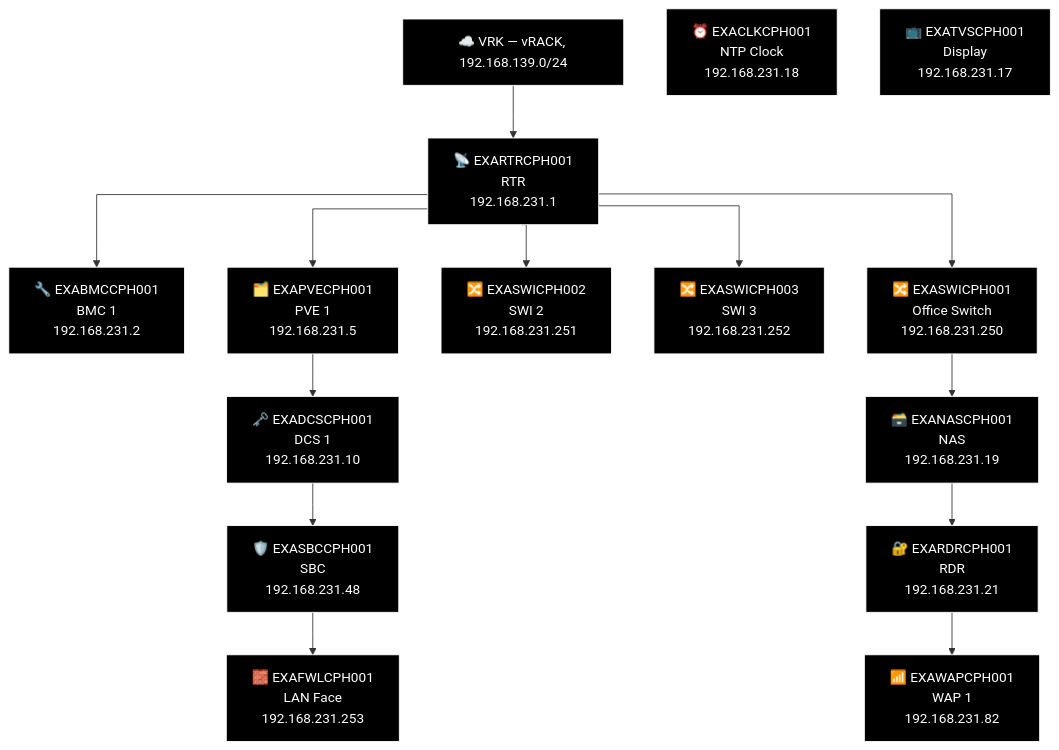
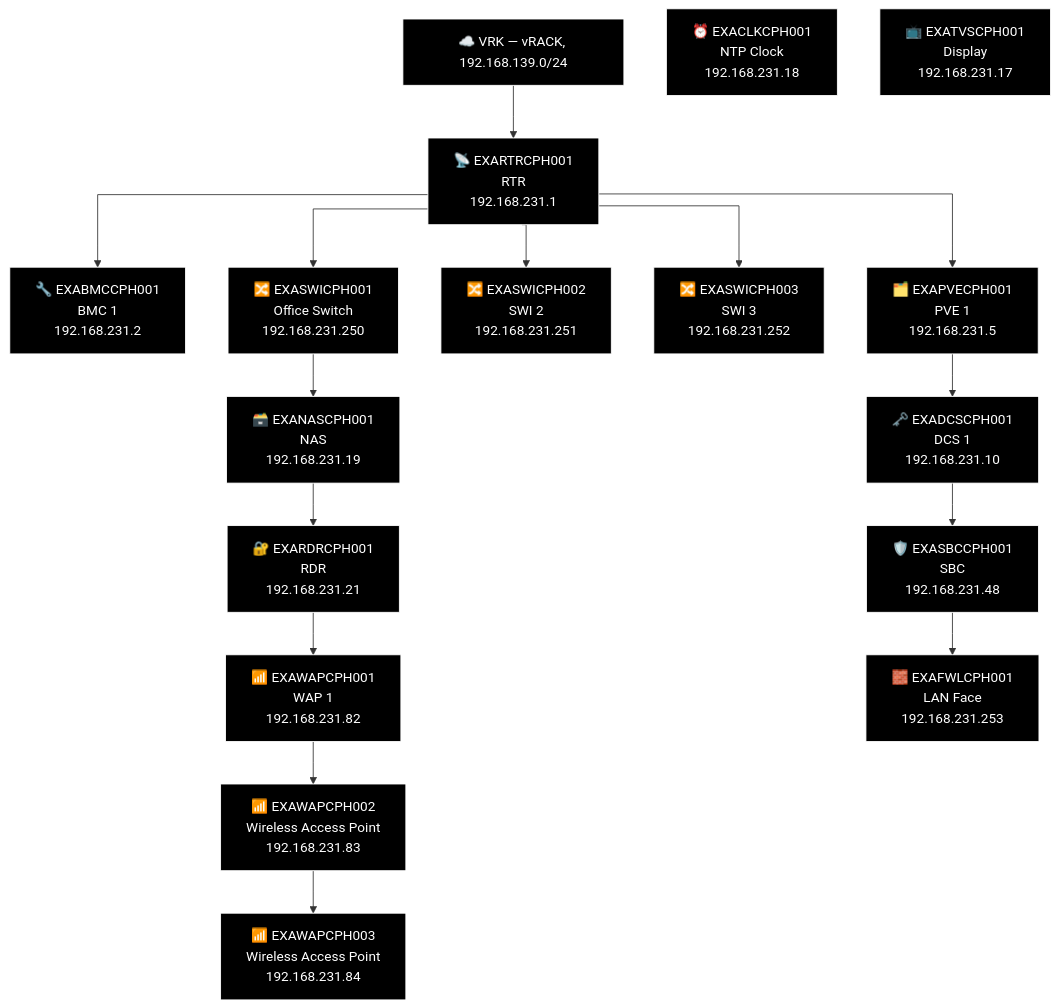
The third of 23 diagrams in docs/network-diagram/danmark.md (knightmare2600/example_music_infra), drawn with Mermaid before and after one commit. The commit also changed other lines of this file and 25 other files, not shown here.

````diff
--- a/docs/network-diagram/danmark.md
+++ b/docs/network-diagram/danmark.md
@@ -101,44 +101,48 @@
 ```mermaid
 %% GENERATED:TOPOLOGY:CPH:START
 %%{init: {'flowchart': {'curve': 'stepAfter'}}}%%
 graph TD
     T_VRK["☁️ VRK — vRACK, 192.168.139.0/24"]
     T_RTR["📡 EXARTRCPH001<br/>RTR<br/>192.168.231.1"]
     T_VRK --> T_RTR
     T_BMC["🔧 EXABMCCPH001<br/>BMC 1<br/>192.168.231.2"]
     T_RTR --> T_BMC
     T_PVE["🗂️ EXAPVECPH001<br/>PVE 1<br/>192.168.231.5"]
     T_RTR --> T_PVE
     T_SWI["🔀 EXASWICPH002<br/>SWI 2<br/>192.168.231.251"]
     T_RTR --> T_SWI
     T_SWI2["🔀 EXASWICPH003<br/>SWI 3<br/>192.168.231.252"]
     T_RTR --> T_SWI2
     T_SWI3["🔀 EXASWICPH001<br/>Office Switch<br/>192.168.231.250"]
     T_RTR --> T_SWI3
     T_NAS["🗃️ EXANASCPH001<br/>NAS<br/>192.168.231.19"]
     T_RDR["🔐 EXARDRCPH001<br/>RDR<br/>192.168.231.21"]
     T_WAP["📶 EXAWAPCPH001<br/>WAP 1<br/>192.168.231.82"]
-    T_SWI3 --> T_NAS --> T_RDR --> T_WAP
+    T_WAP2["📶 EXAWAPCPH002<br/>Wireless Access Point<br/>192.168.231.83"]
+    T_WAP3["📶 EXAWAPCPH003<br/>Wireless Access Point<br/>192.168.231.84"]
+    T_SWI3 --> T_NAS --> T_RDR --> T_WAP --> T_WAP2 --> T_WAP3
     T_DCS["🗝️ EXADCSCPH001<br/>DCS 1<br/>192.168.231.10"]
     T_SBC["🛡️ EXASBCCPH001<br/>SBC<br/>192.168.231.48"]
     T_FWL["🧱 EXAFWLCPH001<br/>LAN Face<br/>192.168.231.253"]
     T_PVE --> T_DCS --> T_SBC --> T_FWL
     T_CLK["⏰ EXACLKCPH001<br/>NTP Clock<br/>192.168.231.18"]
     T_TVS["📺 EXATVSCPH001<br/>Display<br/>192.168.231.17"]
     style T_VRK fill:#000000,stroke:#FFFFFF,color:#FFFFFF
     style T_RTR fill:#000000,stroke:#FFFFFF,color:#FFFFFF
     style T_BMC fill:#000000,stroke:#FFFFFF,color:#FFFFFF
     style T_PVE fill:#000000,stroke:#FFFFFF,color:#FFFFFF
     style T_SWI fill:#000000,stroke:#FFFFFF,color:#FFFFFF
     style T_SWI2 fill:#000000,stroke:#FFFFFF,color:#FFFFFF
     style T_SWI3 fill:#000000,stroke:#FFFFFF,color:#FFFFFF
     style T_NAS fill:#000000,stroke:#FFFFFF,color:#FFFFFF
     style T_RDR fill:#000000,stroke:#FFFFFF,color:#FFFFFF
     style T_WAP fill:#000000,stroke:#FFFFFF,color:#FFFFFF
+    style T_WAP2 fill:#000000,stroke:#FFFFFF,color:#FFFFFF
+    style T_WAP3 fill:#000000,stroke:#FFFFFF,color:#FFFFFF
     style T_DCS fill:#000000,stroke:#FFFFFF,color:#FFFFFF
     style T_SBC fill:#000000,stroke:#FFFFFF,color:#FFFFFF
     style T_FWL fill:#000000,stroke:#FFFFFF,color:#FFFFFF
     style T_CLK fill:#000000,stroke:#FFFFFF,color:#FFFFFF
     style T_TVS fill:#000000,stroke:#FFFFFF,color:#FFFFFF
 %% GENERATED:TOPOLOGY:CPH:END
 ```
````
